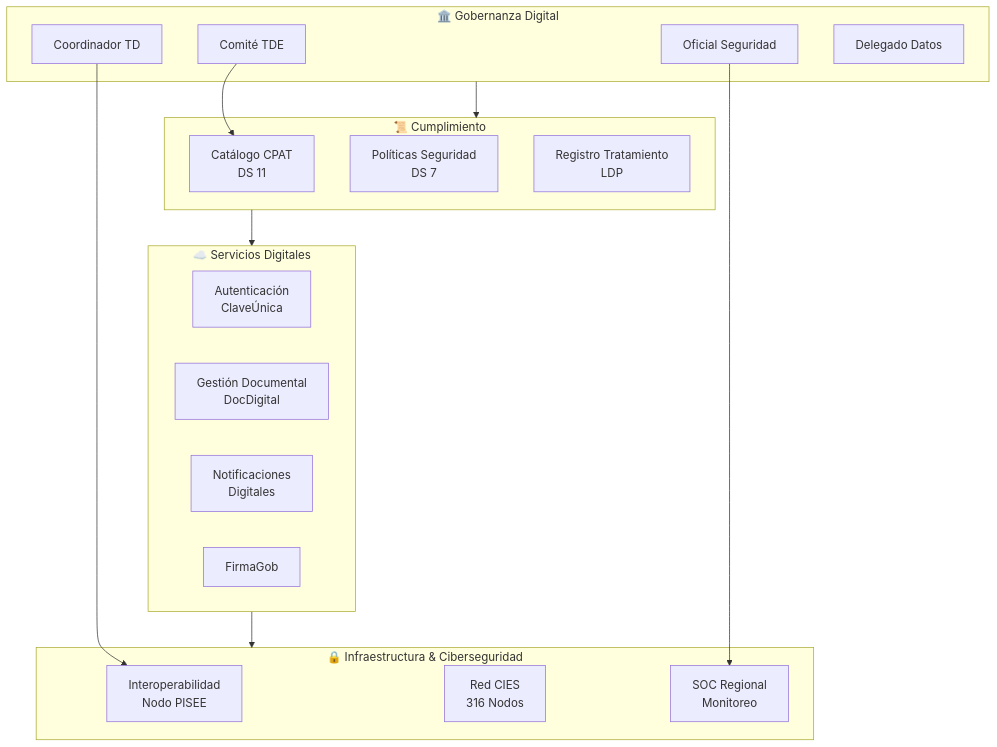
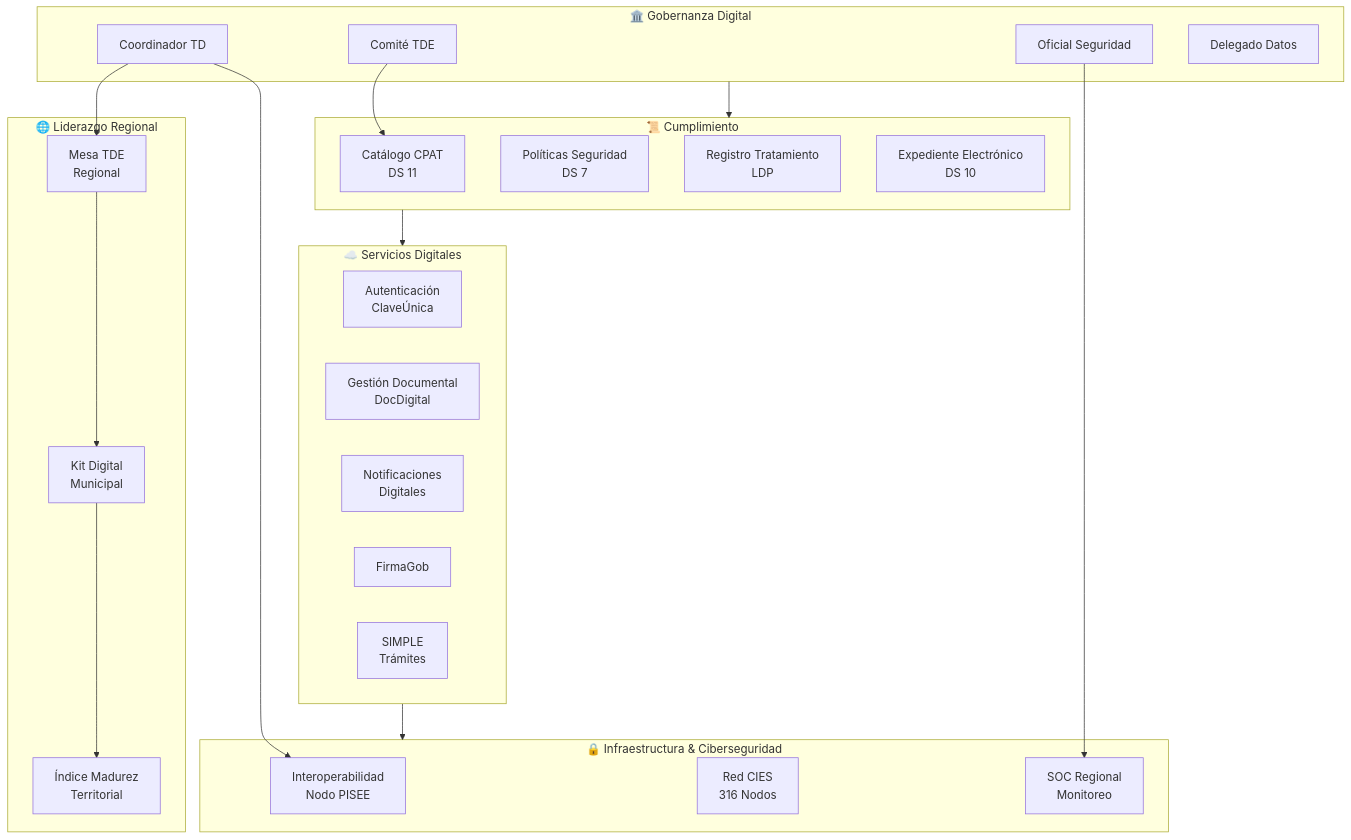
The first of 8 diagrams in docs/blueprint/domains/domain_d-tde.md (felix-antonio-sl/gore_os), drawn with Mermaid before and after one commit. The commit also changed other lines of this file and 26 other files, not shown here.

````diff
--- a/docs/blueprint/domains/domain_d-tde.md
+++ b/docs/blueprint/domains/domain_d-tde.md
@@ -37,35 +113,46 @@
 ```mermaid
 flowchart TB
     subgraph GOBERNANZA["🏛️ Gobernanza Digital"]
         COMITE["Comité TDE"]
         CTD["Coordinador TD"]
         CISO["Oficial Seguridad"]
         DPO["Delegado Datos"]
     end
 
     subgraph NORMATIVA["📜 Cumplimiento"]
         CPAT["Catálogo CPAT<br/>DS 11"]
         POLITICAS["Políticas Seguridad<br/>DS 7"]
         RAT["Registro Tratamiento<br/>LDP"]
+        EXPED["Expediente Electrónico<br/>DS 10"]
     end
 
     subgraph SERVICIOS["☁️ Servicios Digitales"]
         AUTH["Autenticación<br/>ClaveÚnica"]
         DOC["Gestión Documental<br/>DocDigital"]
         NOTIF["Notificaciones<br/>Digitales"]
         FIRMA["FirmaGob"]
+        SIMPLE["SIMPLE<br/>Trámites"]
     end
 
     subgraph INFRAESTRUCTURA["🔒 Infraestructura & Ciberseguridad"]
         INTEROP["Interoperabilidad<br/>Nodo PISEE"]
         RED["Red CIES<br/>316 Nodos"]
         SOC["SOC Regional<br/>Monitoreo"]
     end
 
+    subgraph REGIONAL["🌐 Liderazgo Regional"]
+        MESA["Mesa TDE<br/>Regional"]
+        KIT["Kit Digital<br/>Municipal"]
+        INDICE["Índice Madurez<br/>Territorial"]
+    end
+
     GOBERNANZA --> NORMATIVA
     NORMATIVA --> SERVICIOS
     SERVICIOS --> INFRAESTRUCTURA
     COMITE --> CPAT
     CISO --> SOC
     CTD --> INTEROP
+    CTD --> MESA
+    MESA --> KIT
+    KIT --> INDICE
 ```
````
